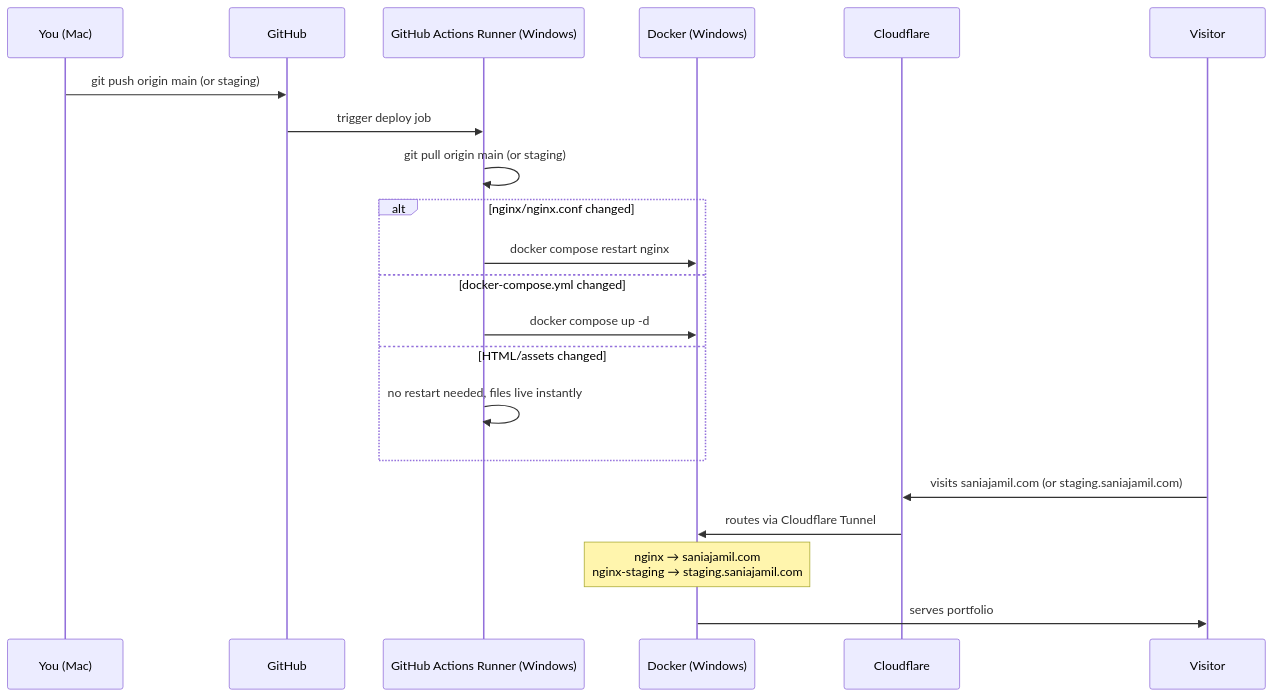
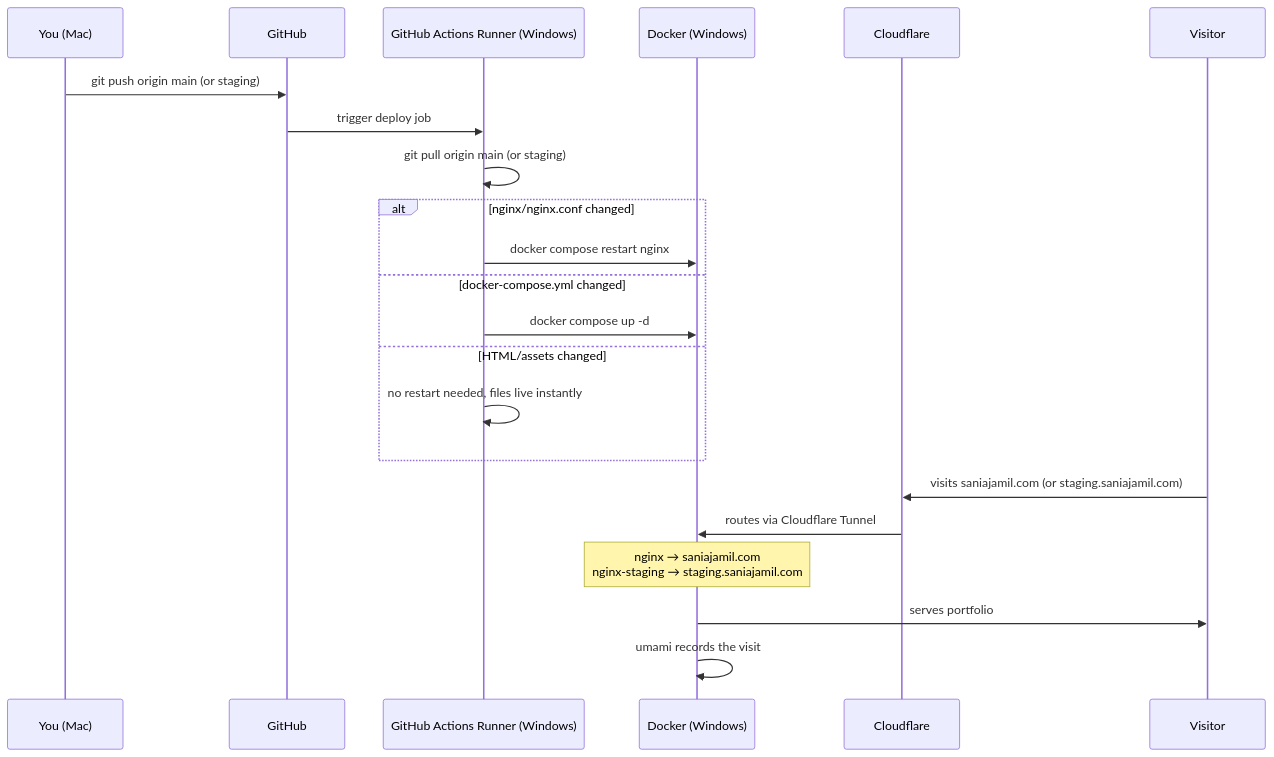
One commit to saniakhushbakhtjamil/playground changed the diagram in README.md. Above: the diagram before and after it, drawn with Mermaid. The commit also changed other lines of this file, not shown here.

Commit message:
Update README: add Umami containers, branch rules, and analytics docs

````diff
--- a/README.md
+++ b/README.md
@@ -30,27 +33,28 @@
 ```mermaid
 sequenceDiagram
     participant You as You (Mac)
     participant GitHub
     participant Runner as GitHub Actions Runner (Windows)
     participant Docker as Docker (Windows)
     participant CF as Cloudflare
     participant Visitor
 
     You->>GitHub: git push origin main (or staging)
     GitHub->>Runner: trigger deploy job
 
     Runner->>Runner: git pull origin main (or staging)
 
     alt nginx/nginx.conf changed
         Runner->>Docker: docker compose restart nginx
     else docker-compose.yml changed
         Runner->>Docker: docker compose up -d
     else HTML/assets changed
         Runner->>Runner: no restart needed, files live instantly
     end
 
     Visitor->>CF: visits saniajamil.com (or staging.saniajamil.com)
     CF->>Docker: routes via Cloudflare Tunnel
     Note over Docker: nginx → saniajamil.com<br/>nginx-staging → staging.saniajamil.com
     Docker->>Visitor: serves portfolio
+    Docker->>Docker: umami records the visit
 ```
````
